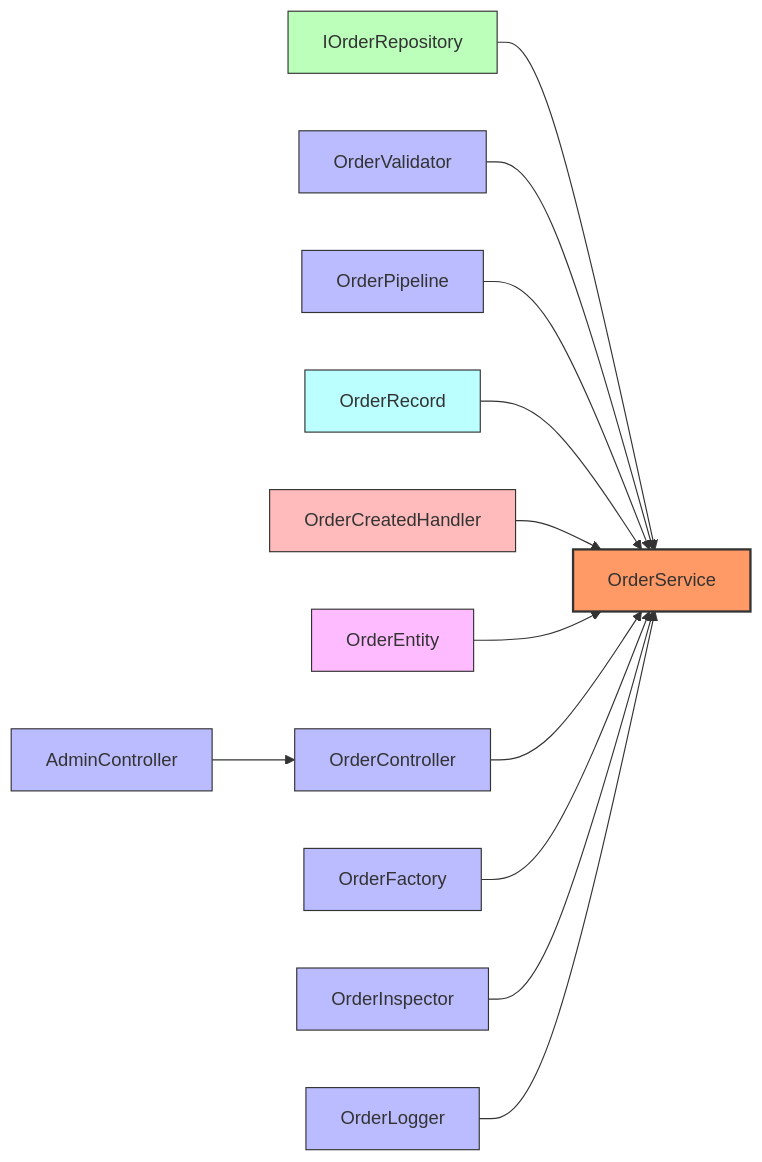
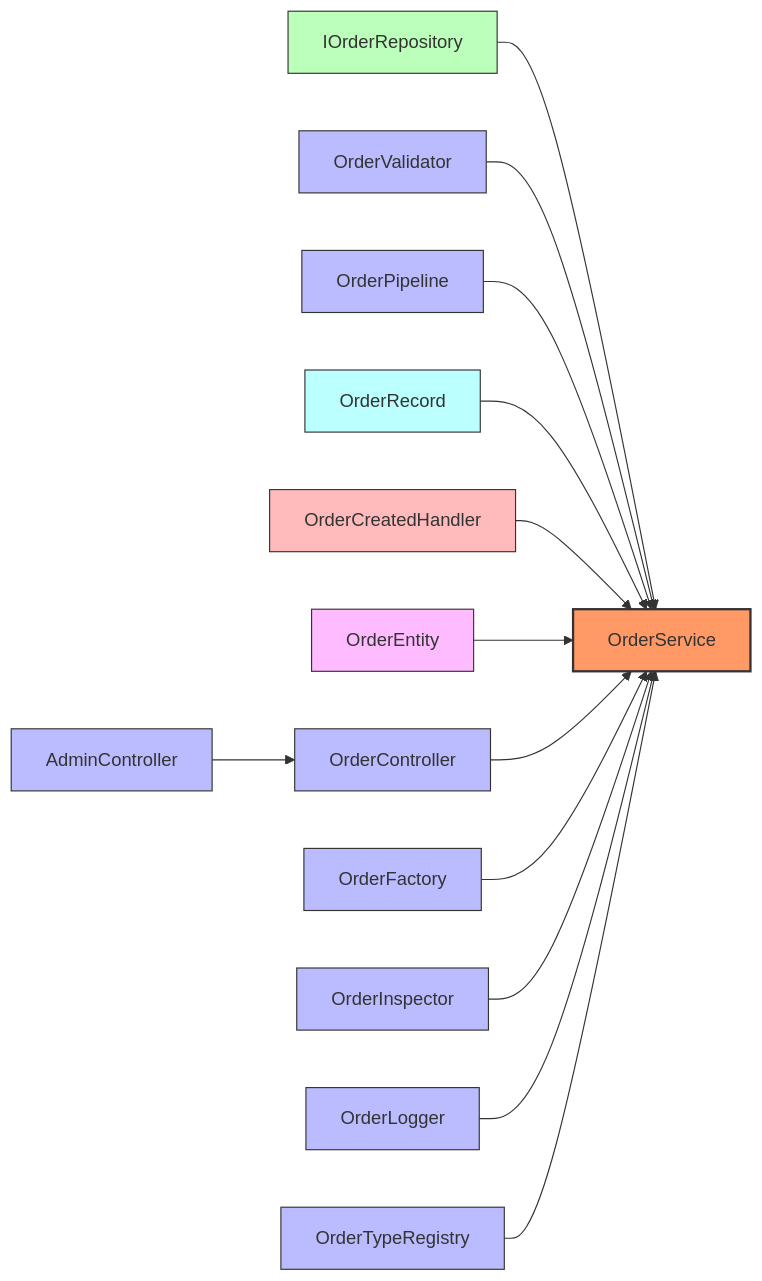
The diagram in samples/SampleCodebase/report.md (nbrouwers/csharp-dependency-analyzer), drawn with Mermaid before and after one commit. The commit also changed other lines of this file and 10 other files, not shown here.

````diff
--- a/samples/SampleCodebase/report.md
+++ b/samples/SampleCodebase/report.md
@@ -39,33 +40,35 @@
 ```mermaid
 graph LR
     n0["OrderService"]:::target
     n1["IOrderRepository"]:::kind_interface
     n2["OrderCreatedHandler"]:::kind_delegate
     n3["OrderRecord"]:::kind_record
     n4["OrderValidator"]:::kind_class
     n5["OrderEntity"]:::kind_struct
-    n6["AdminController"]:::kind_class
-    n7["OrderController"]:::kind_class
-    n8["OrderFactory"]:::kind_class
-    n9["OrderInspector"]:::kind_class
-    n10["OrderLogger"]:::kind_class
-    n11["OrderPipeline"]:::kind_class
+    n6["OrderTypeRegistry"]:::kind_class
+    n7["AdminController"]:::kind_class
+    n8["OrderController"]:::kind_class
+    n9["OrderFactory"]:::kind_class
+    n10["OrderInspector"]:::kind_class
+    n11["OrderLogger"]:::kind_class
+    n12["OrderPipeline"]:::kind_class
     n1 --> n0
     n4 --> n0
-    n11 --> n0
+    n12 --> n0
     n3 --> n0
     n2 --> n0
     n5 --> n0
-    n7 --> n0
     n8 --> n0
     n9 --> n0
     n10 --> n0
-    n6 --> n7
+    n11 --> n0
+    n6 --> n0
+    n7 --> n8
     classDef target fill:#f96,stroke:#333,stroke-width:2px
     classDef kind_class fill:#bbf,stroke:#333
     classDef kind_interface fill:#bfb,stroke:#333
     classDef kind_struct fill:#fbf,stroke:#333
     classDef kind_enum fill:#ffb,stroke:#333
     classDef kind_record fill:#bff,stroke:#333
     classDef kind_delegate fill:#fbb,stroke:#333
 ```
````
